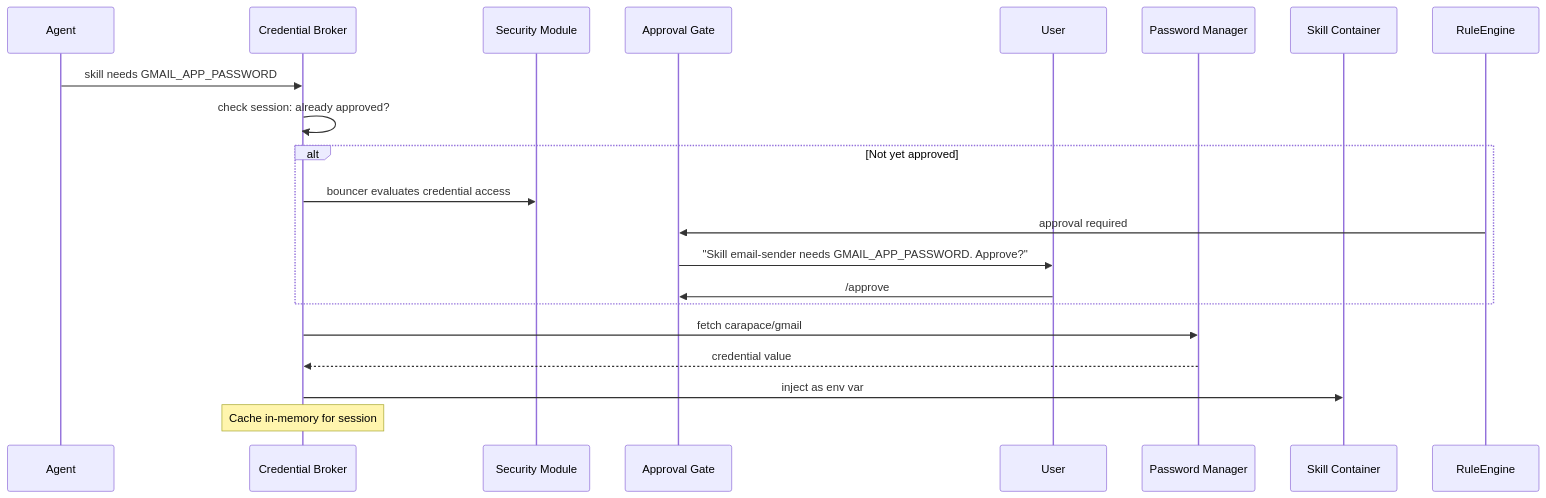
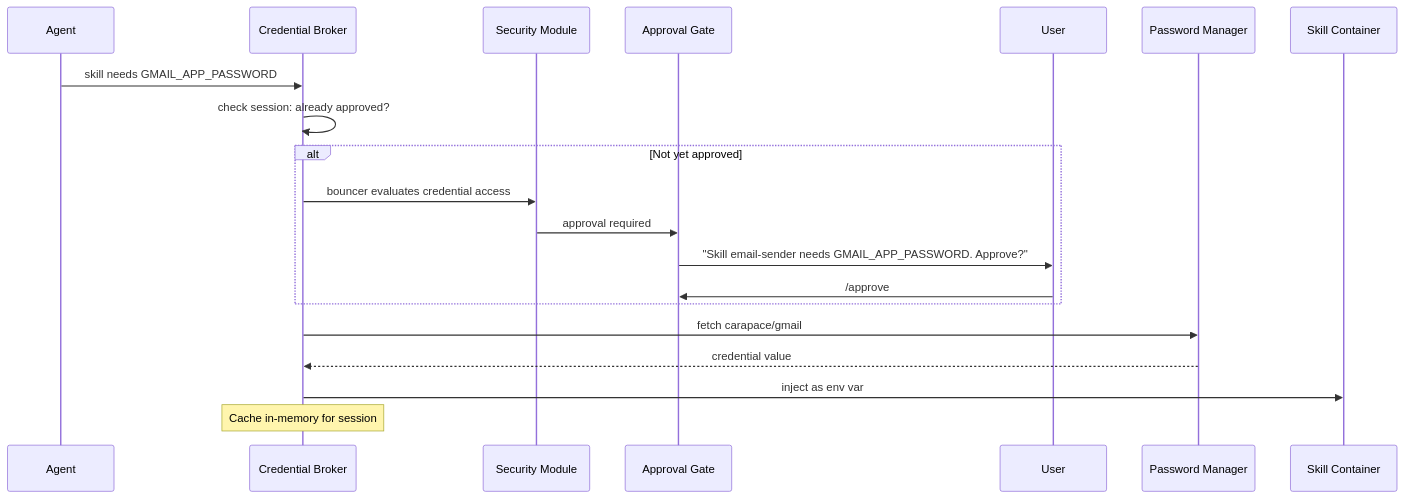
One commit to thiesgerken/carapace changed the diagram in docs/credentials.md. Above: the diagram before and after it, drawn with Mermaid.

````diff
--- a/docs/credentials.md
+++ b/docs/credentials.md
@@ -35,25 +35,25 @@
 ```mermaid
 sequenceDiagram
     participant Agent
     participant CredBroker as Credential Broker
     participant Security as Security Module
     participant Gate as Approval Gate
     participant User
     participant Vault as Password Manager
     participant Container as Skill Container
 
     Agent->>CredBroker: skill needs GMAIL_APP_PASSWORD
     CredBroker->>CredBroker: check session: already approved?
 
     alt Not yet approved
         CredBroker->>Security: bouncer evaluates credential access
-        RuleEngine->>Gate: approval required
+        Security->>Gate: approval required
         Gate->>User: "Skill email-sender needs GMAIL_APP_PASSWORD. Approve?"
         User->>Gate: /approve
     end
 
     CredBroker->>Vault: fetch carapace/gmail
     Vault-->>CredBroker: credential value
     CredBroker->>Container: inject as env var
     Note over CredBroker: Cache in-memory for session
 ```
````
